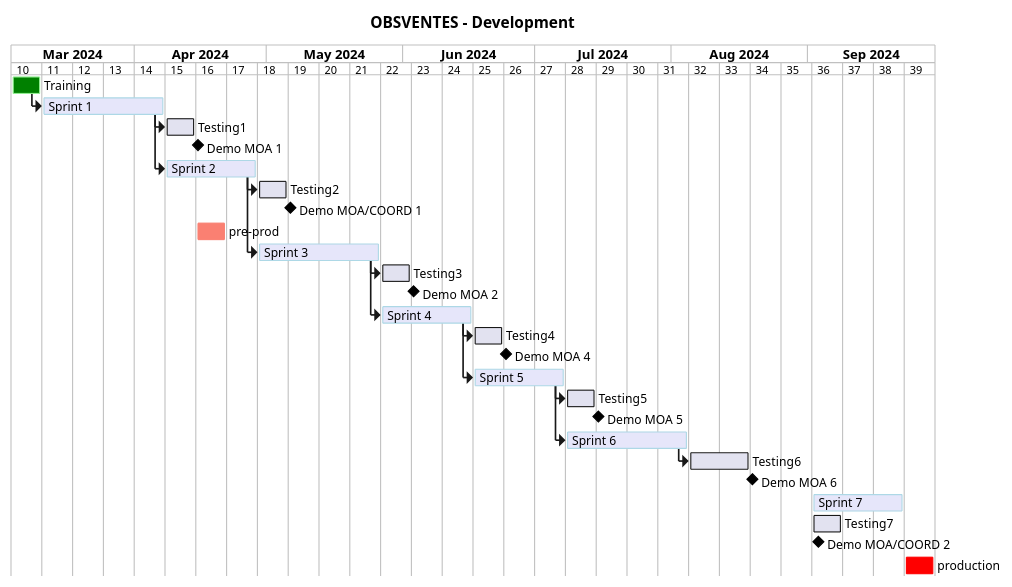
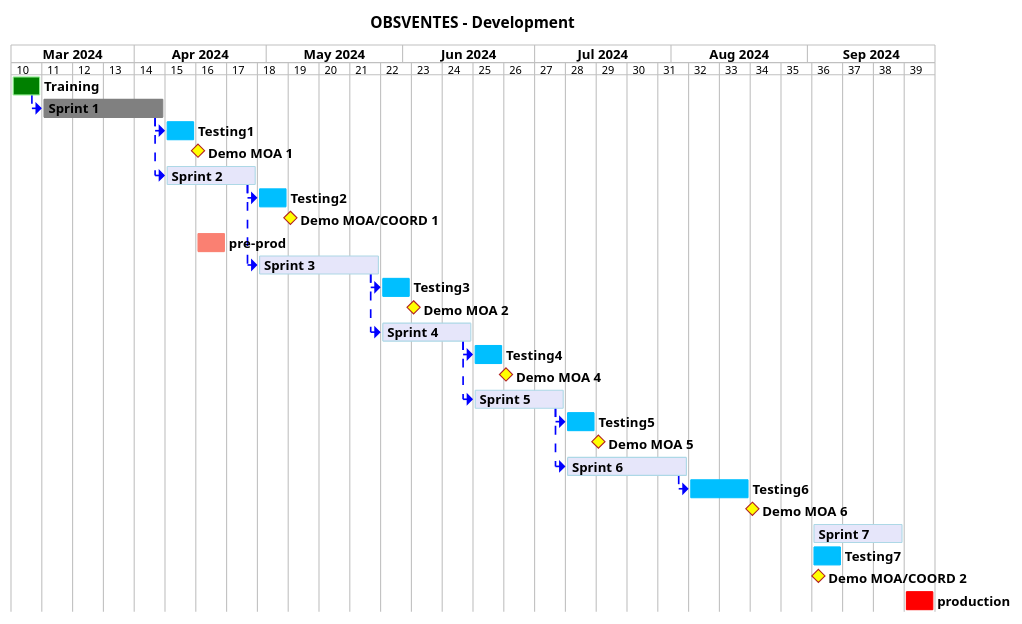
One commit to sumaris-net/sumaris-doc changed the diagram in projects/obsvente/not/images/refonte-obsventes-planning-sprints.puml. Above: the diagram before and after it, drawn with PlantUML. The commit also changed 5 other files, not shown here.

```diff
--- a/projects/obsvente/not/images/refonte-obsventes-planning-sprints.puml
+++ b/projects/obsvente/not/images/refonte-obsventes-planning-sprints.puml
@@ -1,69 +1,117 @@
 @startgantt
 hide footbox
+
+<style>
+ganttDiagram {
+    unstartedTask {
+        FontName Helvetica
+        FontColor Green
+        FontSize 12
+        FontStyle bold
+        BackGroundColor DeepSkyBlue
+        LineColor DeepSkyBlue
+    }
+    task {
+        FontName Helvetica
+        FontColor Black
+        FontSize 12
+        FontStyle bold
+        BackGroundColor DeepSkyBlue
+        LineColor DeepSkyBlue
+    }
+    milestone {
+        FontColor black
+        FontSize 12
+        FontStyle bold
+        BackGroundColor yellow
+        LineColor FireBrick
+    }
+    note {
+        FontColor DarkGreen
+        FontSize 10
+        LineColor OrangeRed
+    }
+    arrow {
+        FontName Helvetica
+        FontColor red
+        FontSize 18
+        FontStyle bold
+        BackGroundColor GreenYellow
+        LineColor blue
+        LineStyle 8.0;13.0
+        LineThickness 3.0
+    }
+    closed {
+        BackgroundColor pink
+        FontColor red
+    }
+}
+</style>
 
 printscale weekly
 projectscale weekly
 
 title OBSVENTES - Development
 
 Project starts the 2024/03/04
 [Training] as [TRAIN1] requires 1 week
 [TRAIN1] is colored in Green/LightGreen
 
 [Sprint 1] as [TASK1] requires 4 weeks
-[TASK1] is colored in Lavender/LightBlue
+[TASK1] is colored in Grey
 [TRAIN1]->[TASK1]
+
 
 [Testing1] requires 1 week
 [TASK1]->[Testing1]
 [Demo MOA 1] happens 1 day after [Testing1]'s end
 
 [Sprint 2] as [TASK2] requires 3 weeks
 [TASK2] is colored in Lavender/LightBlue
 [TASK1]->[TASK2]
 [Testing2] requires 1 week
 [TASK2]->[Testing2]
 [Demo MOA/COORD 1] happens 1 day after [Testing2]'s end
 
 [pre-prod] as [PREPROD] requires 1 week and starts the 15th of April 2024
 [PREPROD] is colored in salmon
 
 [Sprint 3] as [TASK3] requires 4 weeks
 [TASK3] is colored in Lavender/LightBlue
 [TASK2]->[TASK3]
 [Testing3] requires 1 week
 [TASK3]->[Testing3]
 [Demo MOA 2] happens 1 day after [Testing3]'s end
 
 [Sprint 4] as [TASK4] requires 3 weeks
 [TASK4] is colored in Lavender/LightBlue
 [TASK3]->[TASK4]
 [Testing4] requires 1 week
 [TASK4]->[Testing4]
 [Demo MOA 4] happens 1 day after [Testing4]'s end
 
 [Sprint 5] as [TASK5] requires 3 weeks
 [TASK5] is colored in Lavender/LightBlue
 [TASK4]->[TASK5]
 [Testing5] requires 1 week
 [TASK5]->[Testing5]
 [Demo MOA 5] happens 1 day after [Testing5]'s end
 
 [Sprint 6] as [TASK6] requires 4 weeks
 [TASK6] is colored in Lavender/LightBlue
 [TASK5]->[TASK6]
 [Testing6] requires 2 week
 [TASK6]->[Testing6]
 [Demo MOA 6] happens 1 day after [Testing6]'s end
 
 
 [Sprint 7] as [TASK7] requires 3 weeks and starts the 2th of September 2024
 [TASK7] is colored in Lavender/LightBlue
 [Testing7] requires 1 week and  starts the 2th of September 2024
 
 [Demo MOA/COORD 2] happens 1 day after [Testing7]'s start
 
 [production] as [PROD] requires 1 week and starts the 23th of September 2024
 [PROD] is colored in red
 
 @endgantt
```
